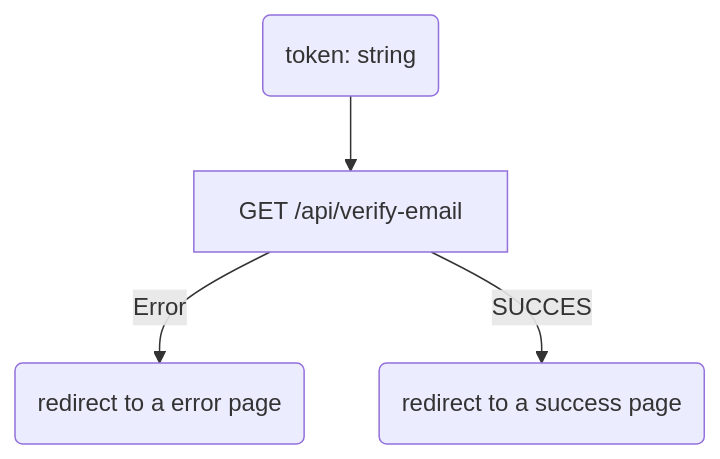
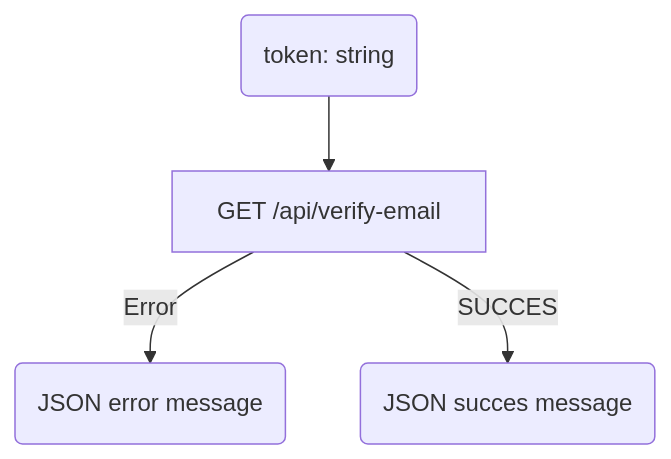
Before and after one commit to hauretax/Matcha_ultra_v2: the second of 6 diagrams in Readme.md, drawn with Mermaid. The commit also changed other lines of this file, not shown here.

````diff
--- a/Readme.md
+++ b/Readme.md
@@ -17,7 +17,7 @@
 ```mermaid
 flowchart TD
     A[GET /api/verify-email] 
-    A-->|Error| B(redirect to a error page)
-    A-->|SUCCES| C(redirect to a success page)
+    A-->|Error| B(JSON error message)
+    A-->|SUCCES| C(JSON succes message)
     D(token: string) -->A
 ``` 
````
